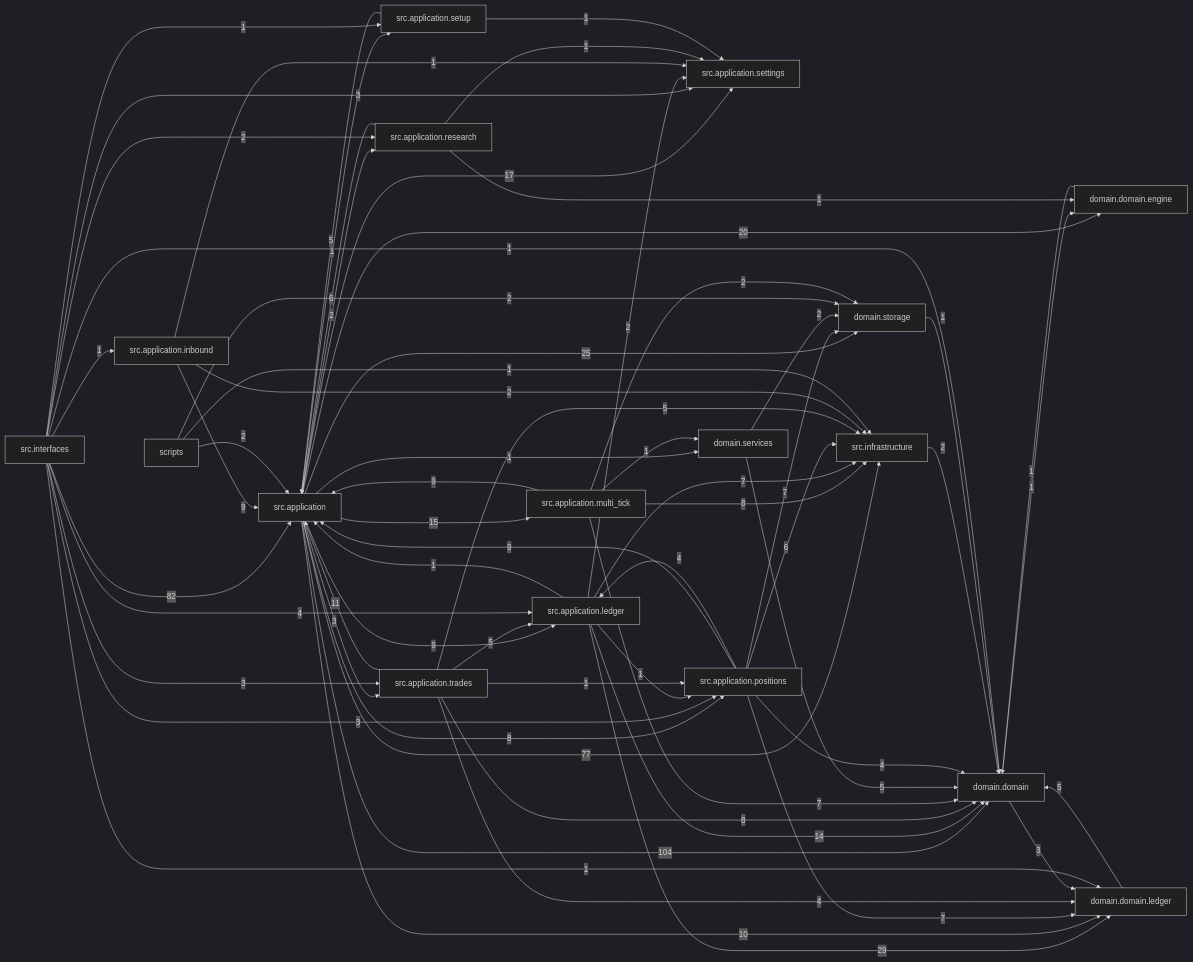
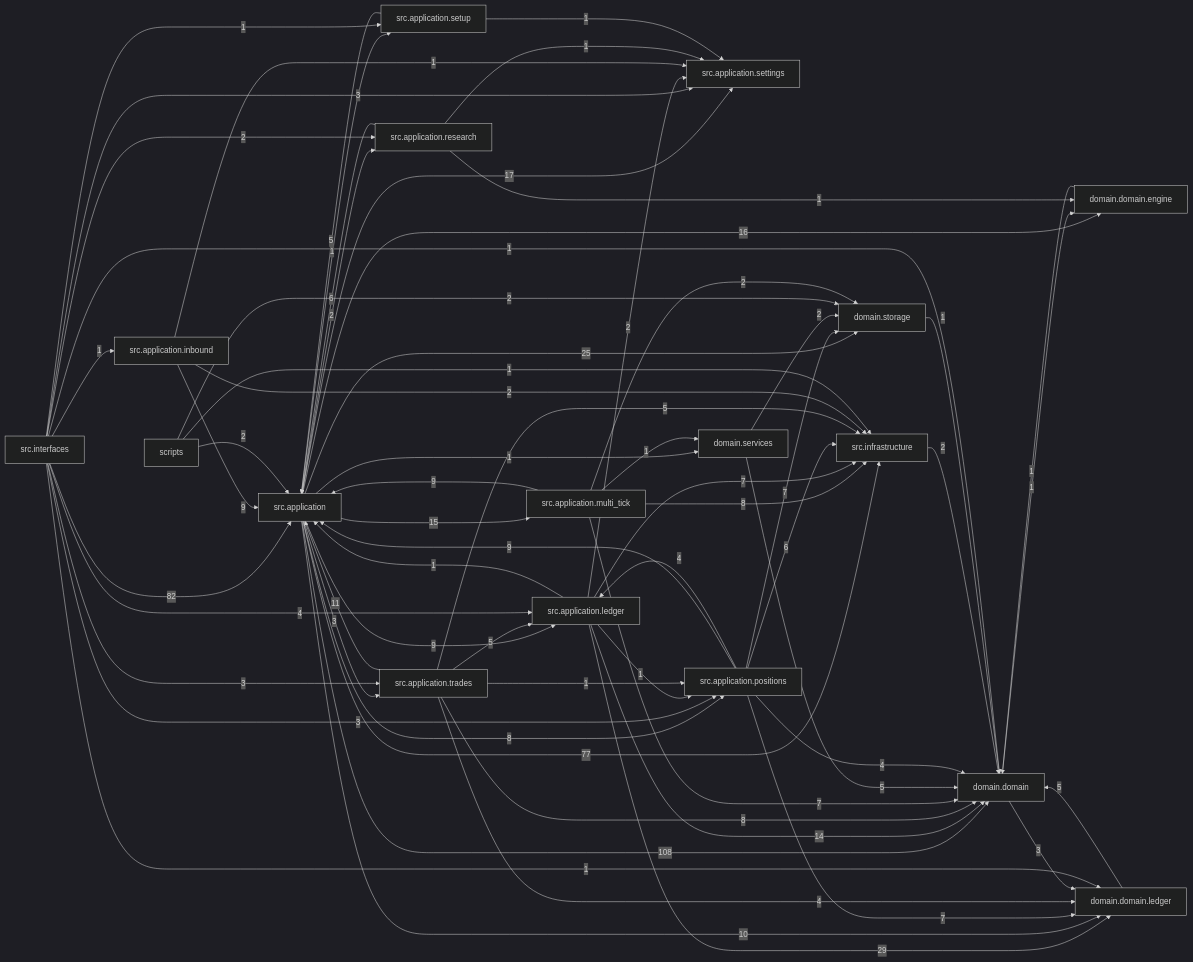
Before and after one commit to liuxie066/options-monitor: the diagram in docs/dependency_graph.mmd, drawn with Mermaid (dark theme). The commit also changed 75 other files, not shown here.

Commit message:
Release v1.2.213 strategy architecture refactor

```diff
--- a/docs/dependency_graph.mmd
+++ b/docs/dependency_graph.mmd
@@ -1,66 +1,66 @@
 flowchart LR
-  src_application["src.application"] -->|104| domain_domain["domain.domain"]
+  src_application["src.application"] -->|108| domain_domain["domain.domain"]
   src_interfaces["src.interfaces"] -->|82| src_application["src.application"]
   src_application["src.application"] -->|77| src_infrastructure["src.infrastructure"]
   src_application_ledger["src.application.ledger"] -->|29| domain_domain_ledger["domain.domain.ledger"]
   src_application["src.application"] -->|25| domain_storage["domain.storage"]
-  src_application["src.application"] -->|20| domain_domain_engine["domain.domain.engine"]
   src_application["src.application"] -->|17| src_application_settings["src.application.settings"]
+  src_application["src.application"] -->|16| domain_domain_engine["domain.domain.engine"]
   src_application["src.application"] -->|15| src_application_multi_tick["src.application.multi_tick"]
   src_application_ledger["src.application.ledger"] -->|14| domain_domain["domain.domain"]
   src_application_trades["src.application.trades"] -->|11| src_application["src.application"]
   src_application["src.application"] -->|10| domain_domain_ledger["domain.domain.ledger"]
   src_application["src.application"] -->|9| src_application_ledger["src.application.ledger"]
   src_application_inbound["src.application.inbound"] -->|9| src_application["src.application"]
   src_application_multi_tick["src.application.multi_tick"] -->|9| src_application["src.application"]
   src_application_positions["src.application.positions"] -->|9| src_application["src.application"]
   src_application["src.application"] -->|8| src_application_positions["src.application.positions"]
   src_application_multi_tick["src.application.multi_tick"] -->|8| src_infrastructure["src.infrastructure"]
   src_application_trades["src.application.trades"] -->|8| domain_domain["domain.domain"]
   src_application_ledger["src.application.ledger"] -->|7| src_infrastructure["src.infrastructure"]
   src_application_multi_tick["src.application.multi_tick"] -->|7| domain_domain["domain.domain"]
   src_application_positions["src.application.positions"] -->|7| domain_domain_ledger["domain.domain.ledger"]
   src_application_positions["src.application.positions"] -->|7| domain_storage["domain.storage"]
   src_application_positions["src.application.positions"] -->|6| src_infrastructure["src.infrastructure"]
   src_application_research["src.application.research"] -->|6| src_application["src.application"]
   domain_domain_ledger["domain.domain.ledger"] -->|5| domain_domain["domain.domain"]
   domain_services["domain.services"] -->|5| domain_domain["domain.domain"]
   src_application_setup["src.application.setup"] -->|5| src_application["src.application"]
   src_application_trades["src.application.trades"] -->|5| src_application_ledger["src.application.ledger"]
   src_application_trades["src.application.trades"] -->|5| src_infrastructure["src.infrastructure"]
   src_application_positions["src.application.positions"] -->|4| domain_domain["domain.domain"]
   src_application_positions["src.application.positions"] -->|4| src_application_ledger["src.application.ledger"]
   src_application_trades["src.application.trades"] -->|4| domain_domain_ledger["domain.domain.ledger"]
   src_interfaces["src.interfaces"] -->|4| src_application_ledger["src.application.ledger"]
   domain_domain["domain.domain"] -->|3| domain_domain_ledger["domain.domain.ledger"]
   src_application["src.application"] -->|3| src_application_trades["src.application.trades"]
   src_interfaces["src.interfaces"] -->|3| src_application_positions["src.application.positions"]
   src_interfaces["src.interfaces"] -->|3| src_application_settings["src.application.settings"]
   src_interfaces["src.interfaces"] -->|3| src_application_trades["src.application.trades"]
   domain_services["domain.services"] -->|2| domain_storage["domain.storage"]
   scripts["scripts"] -->|2| domain_storage["domain.storage"]
   scripts["scripts"] -->|2| src_application["src.application"]
   src_application["src.application"] -->|2| src_application_research["src.application.research"]
   src_application_inbound["src.application.inbound"] -->|2| src_infrastructure["src.infrastructure"]
   src_application_ledger["src.application.ledger"] -->|2| src_application_settings["src.application.settings"]
   src_application_multi_tick["src.application.multi_tick"] -->|2| domain_storage["domain.storage"]
   src_infrastructure["src.infrastructure"] -->|2| domain_domain["domain.domain"]
   src_interfaces["src.interfaces"] -->|2| src_application_research["src.application.research"]
   domain_domain["domain.domain"] -->|1| domain_domain_engine["domain.domain.engine"]
   domain_domain_engine["domain.domain.engine"] -->|1| domain_domain["domain.domain"]
   domain_storage["domain.storage"] -->|1| domain_domain["domain.domain"]
   scripts["scripts"] -->|1| src_infrastructure["src.infrastructure"]
   src_application["src.application"] -->|1| domain_services["domain.services"]
   src_application["src.application"] -->|1| src_application_setup["src.application.setup"]
   src_application_inbound["src.application.inbound"] -->|1| src_application_settings["src.application.settings"]
   src_application_ledger["src.application.ledger"] -->|1| src_application["src.application"]
   src_application_ledger["src.application.ledger"] -->|1| src_application_positions["src.application.positions"]
   src_application_multi_tick["src.application.multi_tick"] -->|1| domain_services["domain.services"]
   src_application_research["src.application.research"] -->|1| domain_domain_engine["domain.domain.engine"]
   src_application_research["src.application.research"] -->|1| src_application_settings["src.application.settings"]
   src_application_setup["src.application.setup"] -->|1| src_application_settings["src.application.settings"]
   src_application_trades["src.application.trades"] -->|1| src_application_positions["src.application.positions"]
   src_interfaces["src.interfaces"] -->|1| domain_domain["domain.domain"]
   src_interfaces["src.interfaces"] -->|1| domain_domain_ledger["domain.domain.ledger"]
   src_interfaces["src.interfaces"] -->|1| src_application_inbound["src.application.inbound"]
   src_interfaces["src.interfaces"] -->|1| src_application_setup["src.application.setup"]
```
